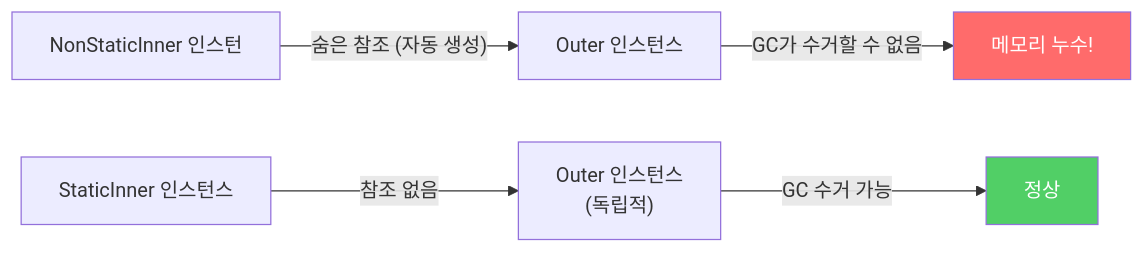
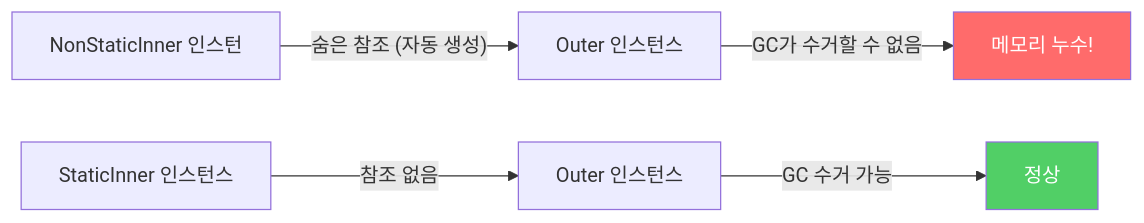
The second of 3 diagrams in _posts/java/2022-01-04-effective-java24.md (yjkim2015/yjkim2015.github.io), drawn with Mermaid before and after one commit. The commit also changed other lines of this file and 217 other files, not shown here.

First line of the commit message:
Mermaid 크기 수정: useMaxWidth:true + SVG max-width:100% + 라벨 축소

````diff
--- a/_posts/java/2022-01-04-effective-java24.md
+++ b/_posts/java/2022-01-04-effective-java24.md
@@ -67,9 +67,9 @@
 ```mermaid
 graph LR
     A["NonStaticInner 인스턴"] -->|"숨은 참조 (자동 생성)"| B["Outer 인스턴스"]
     B -->|"GC가 수거할 수 없음"| C["메모리 누수!"]
-    D["StaticInner 인스턴스"] -->|"참조 없음"| E["Outer 인스턴스\n(독립적)"]
+    D["StaticInner 인스턴스"] -->|"참조 없음"| E["Outer 인스턴스"]
     E -->|"GC 수거 가능"| F["정상"]
     style C fill:#ff6b6b,color:#fff
     style F fill:#51cf66,color:#fff
 ```
````
